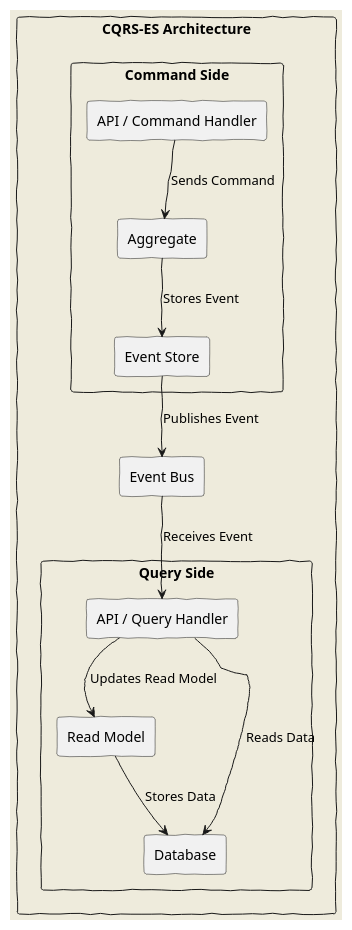
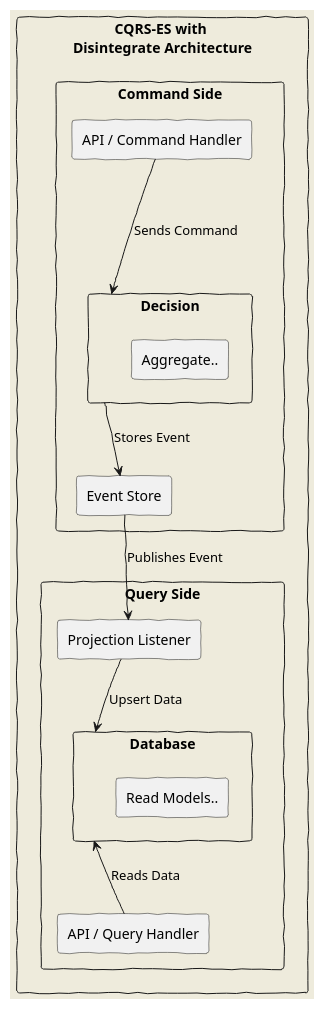
The second of 2 diagrams in Writerside/topics/High-Level-Design.md (gmkumar2005/daksha-rc-core), drawn with PlantUML before and after one commit. The commit also changed other lines of this file and 7 other files, not shown here.

````diff
--- a/Writerside/topics/High-Level-Design.md
+++ b/Writerside/topics/High-Level-Design.md
@@ -82,35 +105,38 @@
 ```plantuml
 
 @startuml
 skinparam backgroundColor #EEEBDC
 skinparam handwritten true
 
-rectangle "CQRS-ES Architecture" {
+rectangle "CQRS-ES with \nDisintegrate Architecture" {
     rectangle "Command Side" as CommandSide {
         rectangle "API / Command Handler" as CommandHandler
-        rectangle "Aggregate" as Aggregate
+          rectangle "Decision" {
+                rectangle "Aggregate.." as Aggregate1
+            }
         rectangle "Event Store" as EventStoreCommand
     }
 
+
     rectangle "Query Side" as QuerySide {
         rectangle "API / Query Handler" as QueryHandler
-        rectangle "Read Model" as ReadModel
-        rectangle "Database" as Database
+        rectangle "Projection Listener" as Listener
+        rectangle "Database" as Database {
+            rectangle "Read Models.." as ReadModel
+        }
     }
 
-    rectangle "Event Bus" as EventBus
+    
 
-    CommandHandler --> Aggregate : "Sends Command"
-    Aggregate --> EventStoreCommand : "Stores Event"
-    EventStoreCommand --> EventBus : "Publishes Event"
+    CommandHandler ---> Decision : "Sends Command"
+    Decision --> EventStoreCommand : "Stores Event"
+    EventStoreCommand --> Listener : "Publishes Event"
     
-    EventBus --> QueryHandler : "Receives Event"
-    QueryHandler --> ReadModel : "Updates Read Model"
-    ReadModel --> Database : "Stores Data"
-    QueryHandler --> Database : "Reads Data"
+    Listener --> Database : "Upsert Data"
+    QueryHandler -u-> Database : "Reads Data"
 }
 
 @enduml
 
 
 ```
````
